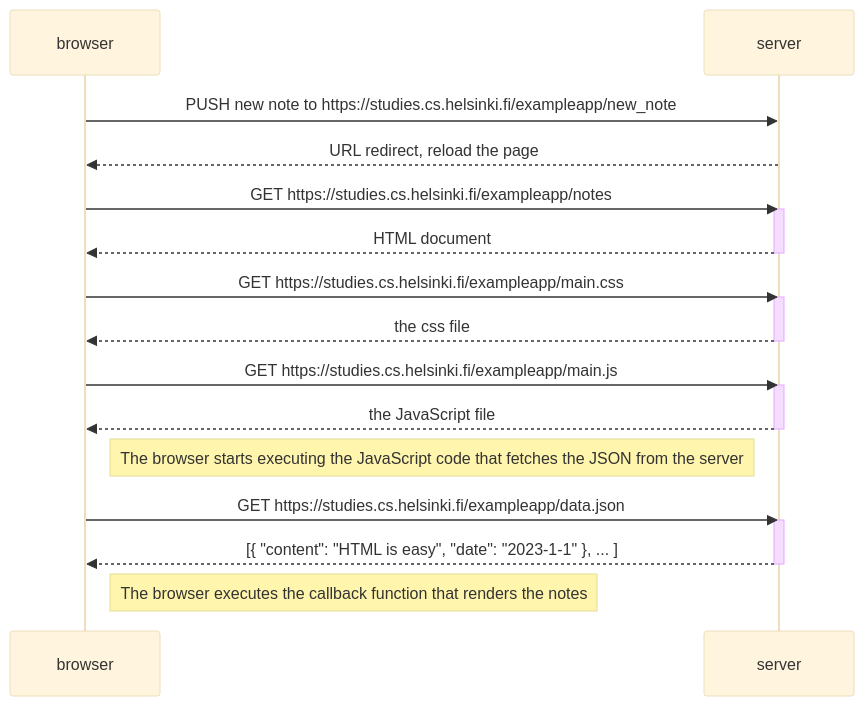
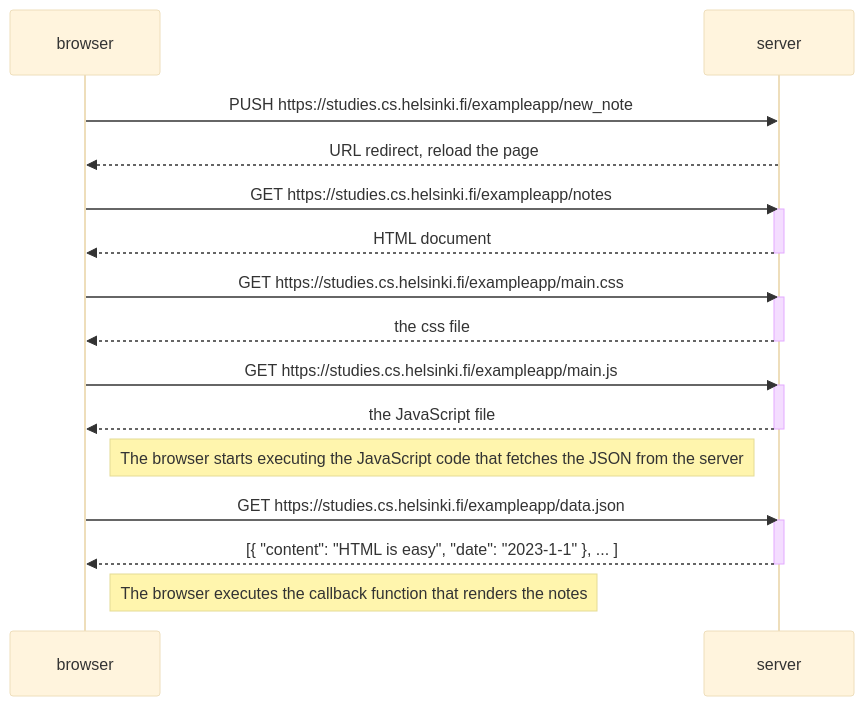
The diagram in part0/4 - New note diagram.md (rohitchelat2/fs-UH), drawn with Mermaid (base theme) before and after one commit. The commit also changed 12 other files, not shown here.

````diff
--- a/part0/4 - New note diagram.md
+++ b/part0/4 - New note diagram.md
@@ -1,32 +1,32 @@
 ```mermaid
 sequenceDiagram
     participant browser
     participant server
 
-    browser->>server: PUSH new note to https://studies.cs.helsinki.fi/exampleapp/new_note
+    browser->>server: PUSH https://studies.cs.helsinki.fi/exampleapp/new_note
     server-->>browser: URL redirect, reload the page
     
     browser->>server: GET https://studies.cs.helsinki.fi/exampleapp/notes
     activate server
     server-->>browser: HTML document
     deactivate server
 
     browser->>server: GET https://studies.cs.helsinki.fi/exampleapp/main.css
     activate server
     server-->>browser: the css file
     deactivate server
 
     browser->>server: GET https://studies.cs.helsinki.fi/exampleapp/main.js
     activate server
     server-->>browser: the JavaScript file
     deactivate server
 
     Note right of browser: The browser starts executing the JavaScript code that fetches the JSON from the server
 
     browser->>server: GET https://studies.cs.helsinki.fi/exampleapp/data.json
     activate server
     server-->>browser: [{ "content": "HTML is easy", "date": "2023-1-1" }, ... ]
     deactivate server
 
     Note right of browser: The browser executes the callback function that renders the notes
 ```
````
